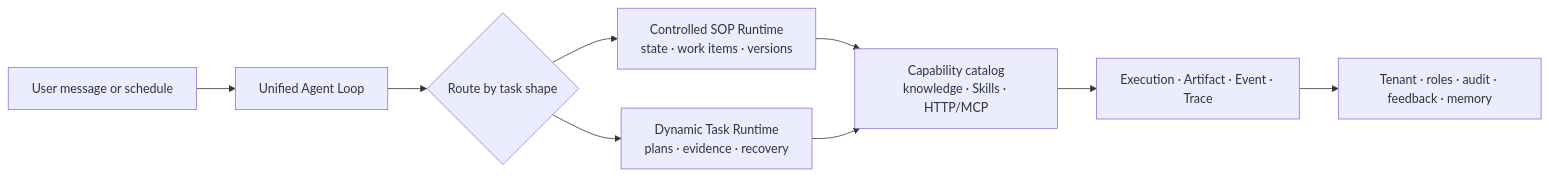
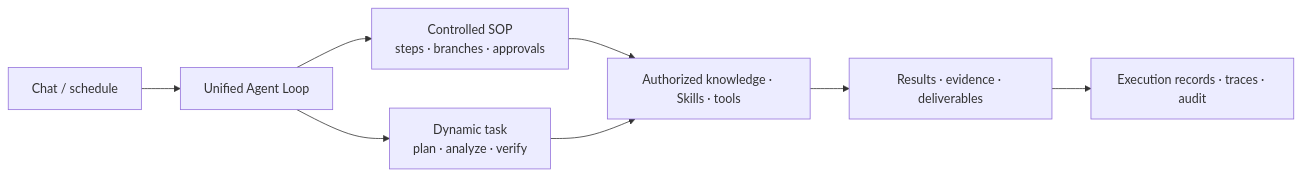
One commit to CalmBuilder/gongge-xuban changed the diagram in README.en.md. Above: the diagram before and after it, drawn with Mermaid. The commit also changed other lines of this file and 1 other file, not shown here.

````diff
--- a/README.en.md
+++ b/README.en.md
@@ -56,11 +115,10 @@
 ```mermaid
 flowchart LR
-    U[User message or schedule] --> L[Unified Agent Loop]
-    L --> R{Route by task shape}
-    R --> S[Controlled SOP Runtime<br/>state · work items · versions]
-    R --> D[Dynamic Task Runtime<br/>plans · evidence · recovery]
-    S --> C[Capability catalog<br/>knowledge · Skills · HTTP/MCP]
+    U["Chat / schedule"] --> L["Unified Agent Loop"]
+    L --> S["Controlled SOP<br/>steps · branches · approvals"]
+    L --> D["Dynamic task<br/>plan · analyze · verify"]
+    S --> C["Authorized knowledge · Skills · tools"]
     D --> C
-    C --> X[Execution · Artifact · Event · Trace]
-    X --> G[Tenant · roles · audit · feedback · memory]
+    C --> R["Results · evidence · deliverables"]
+    R --> T["Execution records · traces · audit"]
 ```
````
